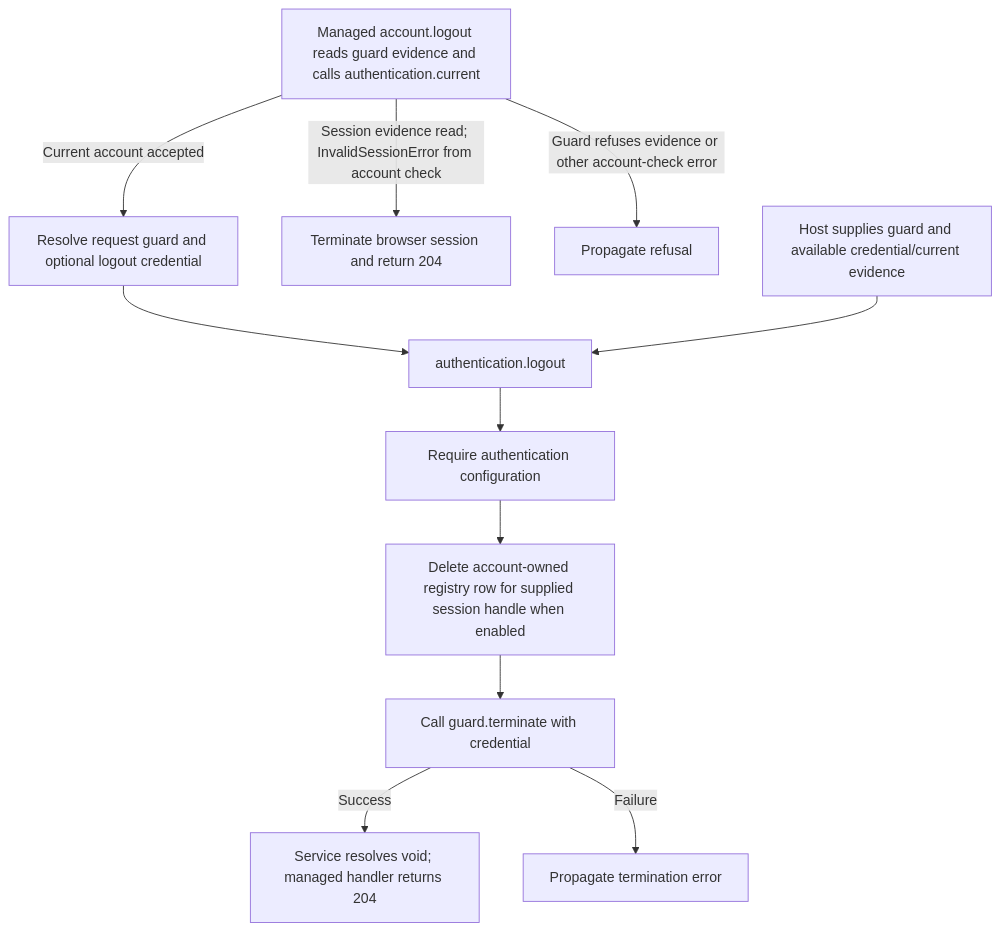
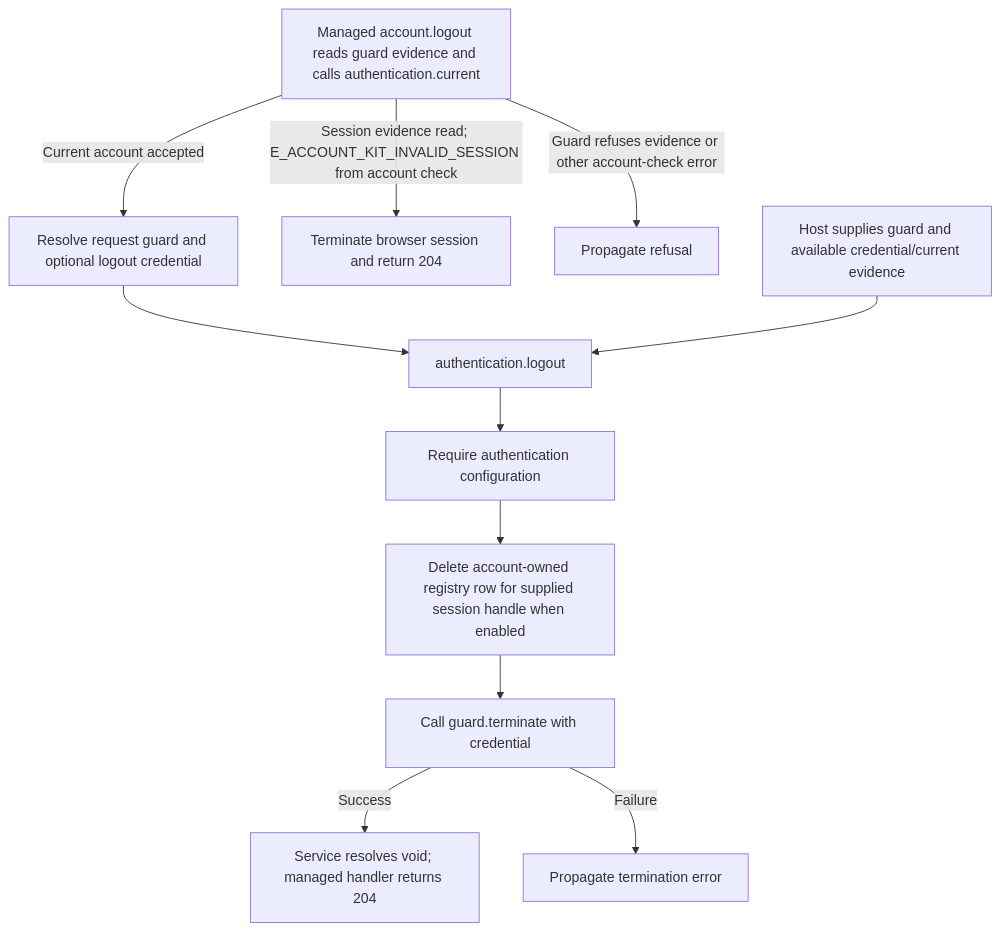
Before and after one commit to Kevinjohn/oss-adonisjs-account-kit: the second of 2 diagrams in user-stories/US-ACCOUNT-04-sign-out.md, drawn with Mermaid. The commit also changed other lines of this file and 362 other files, not shown here.

````diff
--- a/user-stories/US-ACCOUNT-04-sign-out.md
+++ b/user-stories/US-ACCOUNT-04-sign-out.md
@@ -30,13 +30,13 @@
 ```mermaid
 flowchart TD
   M["Managed account.logout reads guard evidence and calls authentication.current"] -->|Current account accepted| N["Resolve request guard and optional logout credential"]
-  M -->|Session evidence read; InvalidSessionError from account check| S["Terminate browser session and return 204"]
+  M -->|Session evidence read; E_ACCOUNT_KIT_INVALID_SESSION from account check| S["Terminate browser session and return 204"]
   M -->|Guard refuses evidence or other account-check error| X["Propagate refusal"]
   N --> A["authentication.logout"]
   H["Host supplies guard and available credential/current evidence"] --> A
   A --> B["Require authentication configuration"]
   B --> C["Delete account-owned registry row for supplied session handle when enabled"]
   C --> D["Call guard.terminate with credential"]
   D -->|Success| E["Service resolves void; managed handler returns 204"]
   D -->|Failure| F["Propagate termination error"]
 ```
````
